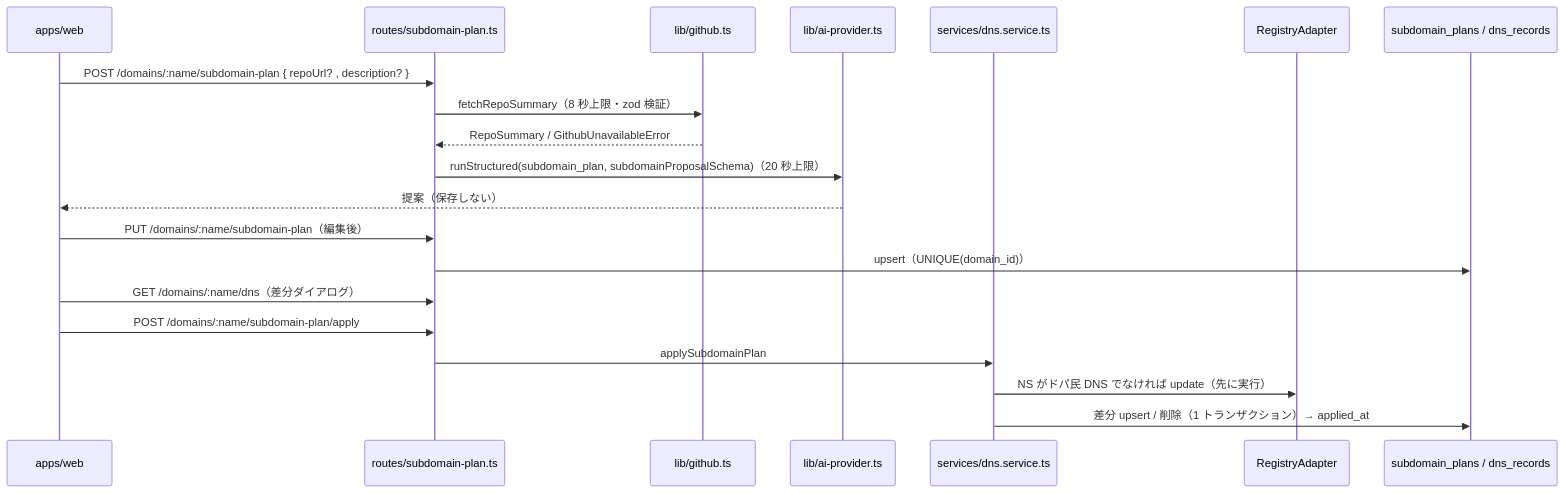
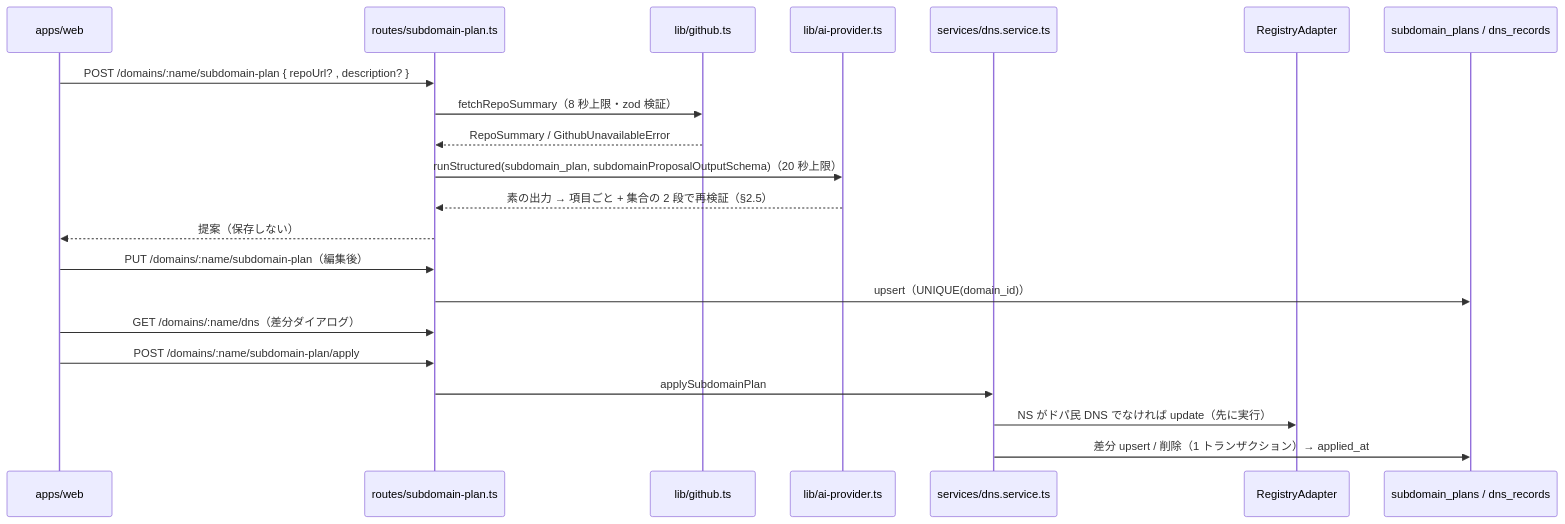
Before and after one commit to GMO-26-teamb/dopamin-com: the diagram in docs/specs/subdomain-plan.md, drawn with Mermaid. The commit also changed other lines of this file and 5 other files, not shown here.

````diff
--- a/docs/specs/subdomain-plan.md
+++ b/docs/specs/subdomain-plan.md
@@ -32,23 +32,24 @@
 ```mermaid
 sequenceDiagram
   participant W as apps/web
   participant R as routes/subdomain-plan.ts
   participant G as lib/github.ts
   participant AI as lib/ai-provider.ts
   participant D as services/dns.service.ts
   participant REG as RegistryAdapter
   participant DB as subdomain_plans / dns_records
 
   W->>R: POST /domains/:name/subdomain-plan { repoUrl? , description? }
   R->>G: fetchRepoSummary（8 秒上限・zod 検証）
   G-->>R: RepoSummary / GithubUnavailableError
-  R->>AI: runStructured(subdomain_plan, subdomainProposalSchema)（20 秒上限）
-  AI-->>W: 提案（保存しない）
+  R->>AI: runStructured(subdomain_plan, subdomainProposalOutputSchema)（20 秒上限）
+  AI-->>R: 素の出力 → 項目ごと + 集合の 2 段で再検証（§2.5）
+  R-->>W: 提案（保存しない）
   W->>R: PUT /domains/:name/subdomain-plan（編集後）
   R->>DB: upsert（UNIQUE(domain_id)）
   W->>R: GET /domains/:name/dns（差分ダイアログ）
   W->>R: POST /domains/:name/subdomain-plan/apply
   R->>D: applySubdomainPlan
   D->>REG: NS がドパ民 DNS でなければ update（先に実行）
   D->>DB: 差分 upsert / 削除（1 トランザクション）→ applied_at
 ```
````
